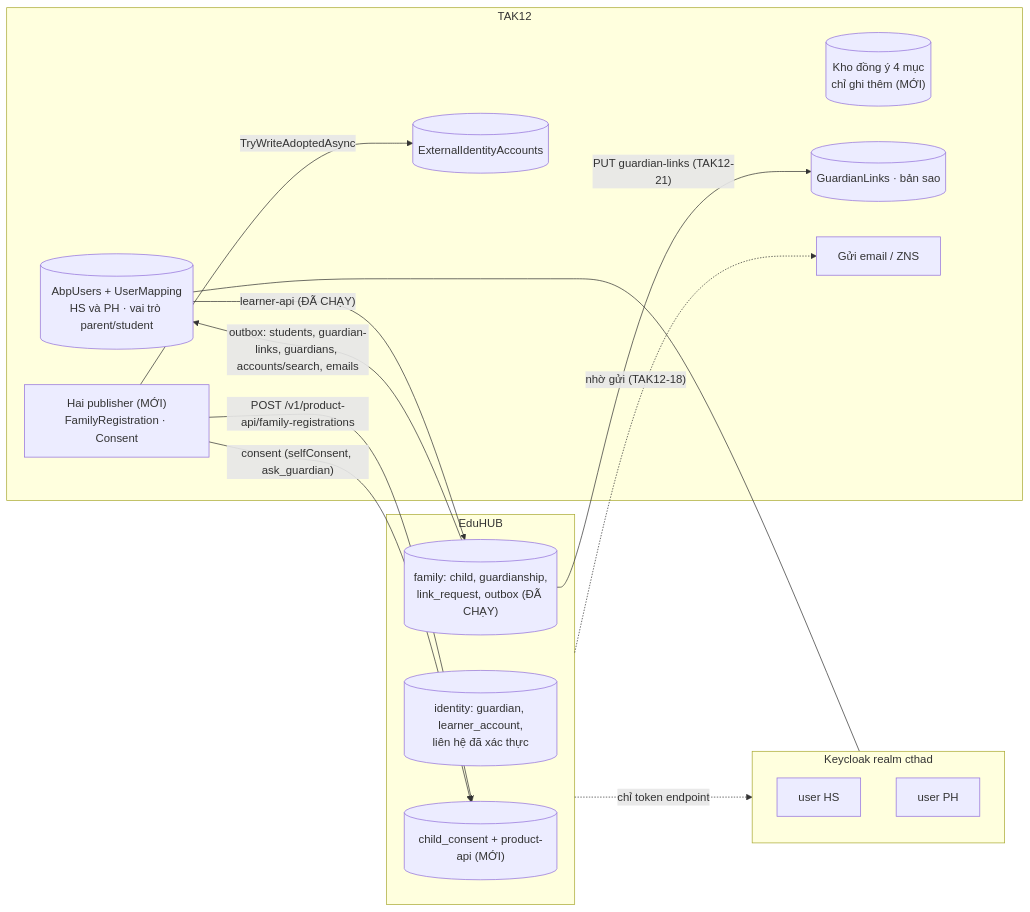
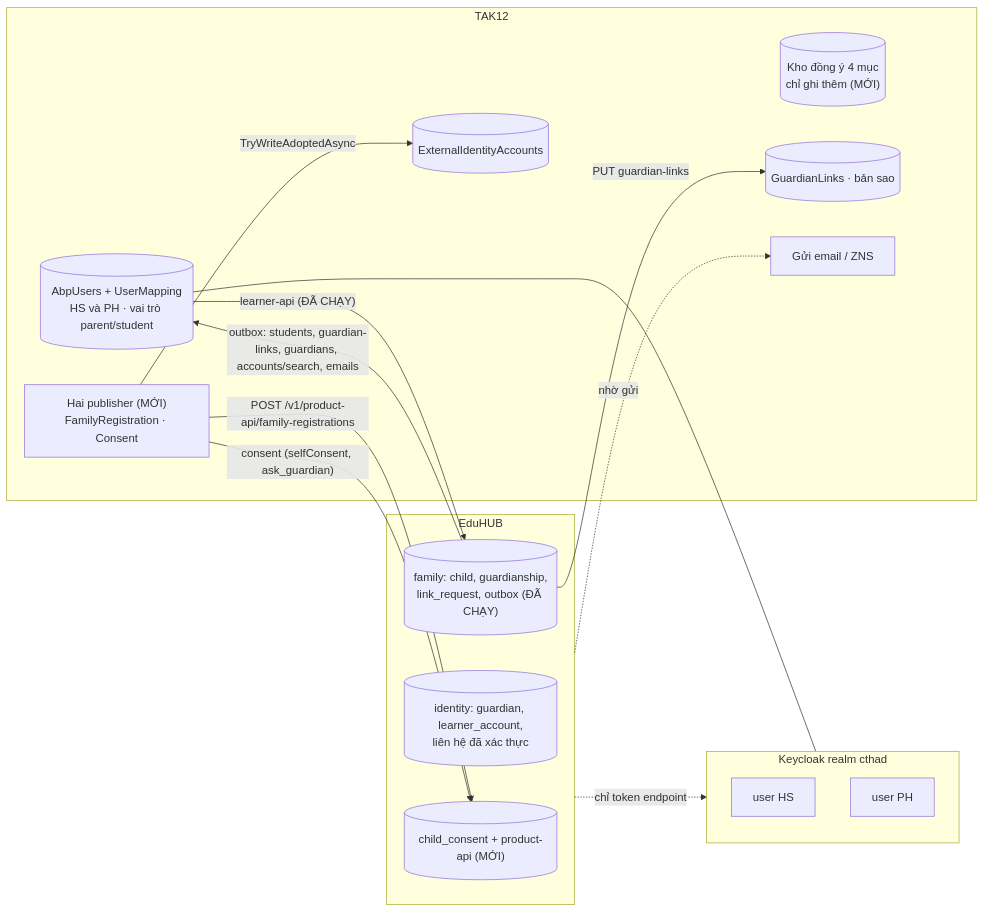
One commit to riddle-bash/tak12-eduhub-consent-flow changed the first of 8 diagrams in features-design.md. Above: the diagram before and after it, drawn with Mermaid. The commit also changed other lines of this file, not shown here.

````diff
--- a/features-design.md
+++ b/features-design.md
@@ -23,30 +23,30 @@
 ```mermaid
 flowchart LR
   subgraph KC["Keycloak realm cthad"]
     K1["user HS"]
     K2["user PH"]
   end
   subgraph T["TAK12"]
     T1[("AbpUsers + UserMapping<br/>HS và PH · vai trò parent/student")]
     T2[("Kho đồng ý 4 mục<br/>chỉ ghi thêm (MỚI)")]
     T3[("GuardianLinks · bản sao")]
     T7[("ExternalIdentityAccounts")]
     T5["Hai publisher (MỚI)<br/>FamilyRegistration · Consent"]
     T9["Gửi email / ZNS"]
   end
   subgraph E["EduHUB"]
     E1[("identity: guardian, learner_account,<br/>liên hệ đã xác thực")]
     E4[("family: child, guardianship,<br/>link_request, outbox (ĐÃ CHẠY)")]
     E5[("child_consent + product-api (MỚI)")]
   end
   T1 --- KC
   E -. "chỉ token endpoint" .-> KC
   E4 -- "outbox: students, guardian-links, guardians, accounts/search, emails" --> T1
-  E4 -- "PUT guardian-links (TAK12-21)" --> T3
+  E4 -- "PUT guardian-links" --> T3
   T1 -- "learner-api (ĐÃ CHẠY)" --> E4
   T5 -- "POST /v1/product-api/family-registrations" --> E5
   T5 -- "consent (selfConsent, ask_guardian)" --> E5
   T5 -- "TryWriteAdoptedAsync" --> T7
-  E -. "nhờ gửi (TAK12-18)" .-> T9
+  E -. "nhờ gửi" .-> T9
   
 ```
````
